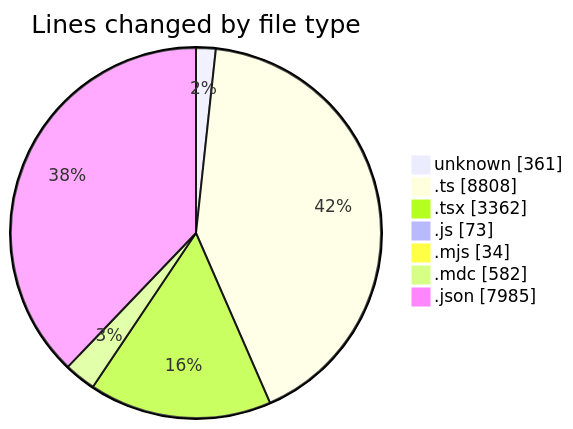
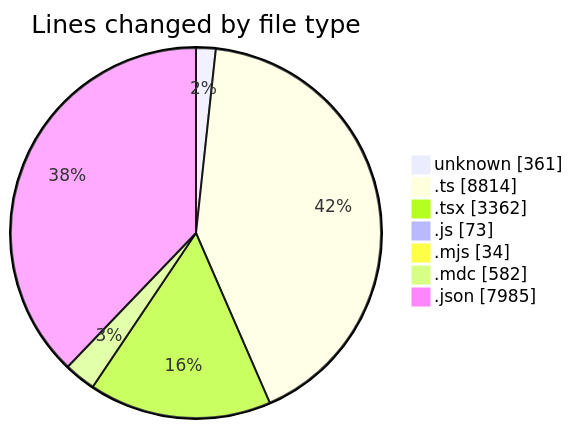
The first of 2 diagrams in 2025-06-13/ecodeli-1/README.md (CELIANVF/code-tracking), drawn with Mermaid before and after one commit. The commit also changed other lines of this file and 1 other file, not shown here.

````diff
--- a/2025-06-13/ecodeli-1/README.md
+++ b/2025-06-13/ecodeli-1/README.md
@@ -45,11 +45,11 @@
 ```mermaid
 pie showData
 title Lines changed by file type
 "unknown" : 361
-".ts" : 8808
+".ts" : 8814
 ".tsx" : 3362
 ".js" : 73
 ".mjs" : 34
 ".mdc" : 582
 ".json" : 7985
 ```
````
